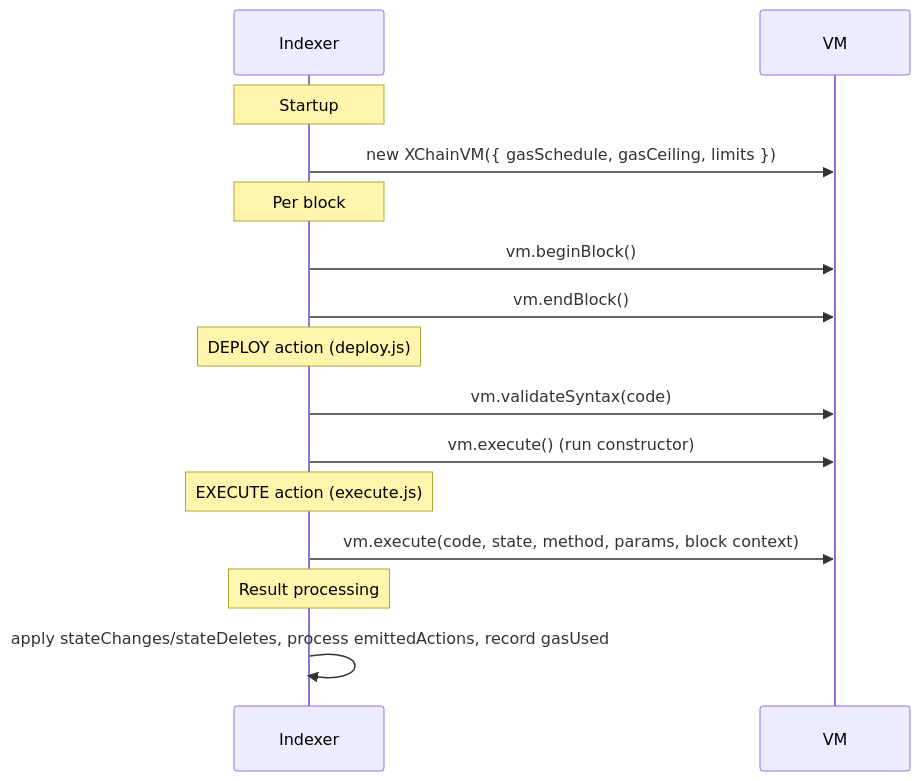
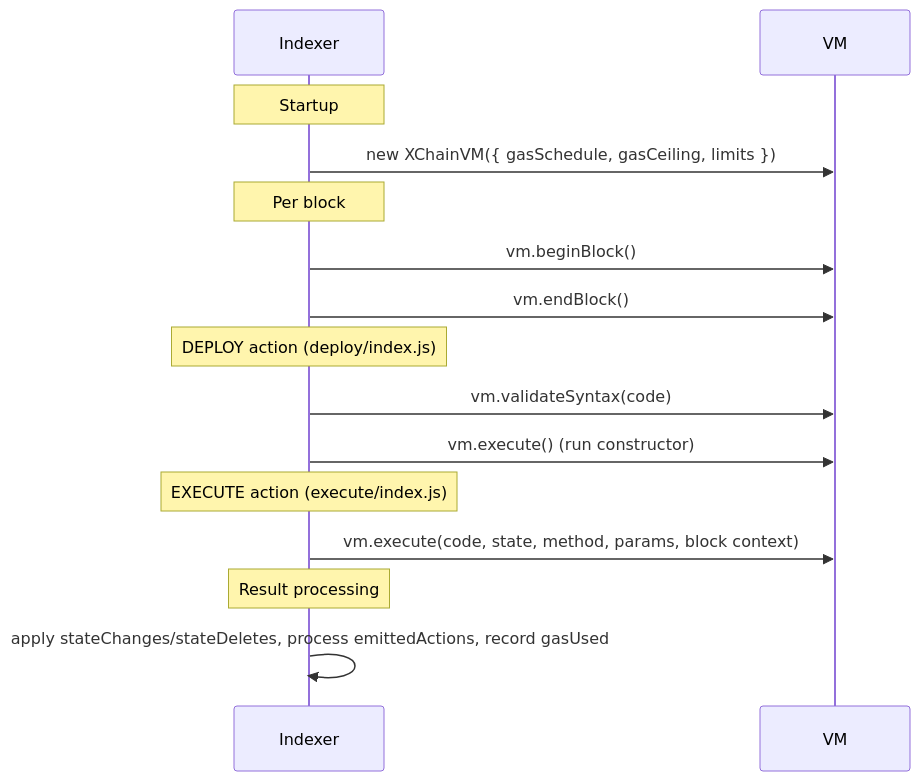
Before and after one commit to XChain-Platform/xchain-documentation: the first of 3 diagrams in components/vm/operations.md, drawn with Mermaid. The commit also changed other lines of this file and 15 other files, not shown here.

````diff
--- a/components/vm/operations.md
+++ b/components/vm/operations.md
@@ -47,22 +47,22 @@
 ```mermaid
 sequenceDiagram
     participant Indexer
     participant VM
 
     Note over Indexer: Startup
     Indexer->>VM: new XChainVM({ gasSchedule, gasCeiling, limits })
 
     Note over Indexer: Per block
     Indexer->>VM: vm.beginBlock()
     Indexer->>VM: vm.endBlock()
 
-    Note over Indexer: DEPLOY action (deploy.js)
+    Note over Indexer: DEPLOY action (deploy/index.js)
     Indexer->>VM: vm.validateSyntax(code)
     Indexer->>VM: vm.execute() (run constructor)
 
-    Note over Indexer: EXECUTE action (execute.js)
+    Note over Indexer: EXECUTE action (execute/index.js)
     Indexer->>VM: vm.execute(code, state, method, params, block context)
 
     Note over Indexer: Result processing
     Indexer->>Indexer: apply stateChanges/stateDeletes, process emittedActions, record gasUsed
 ```
````
